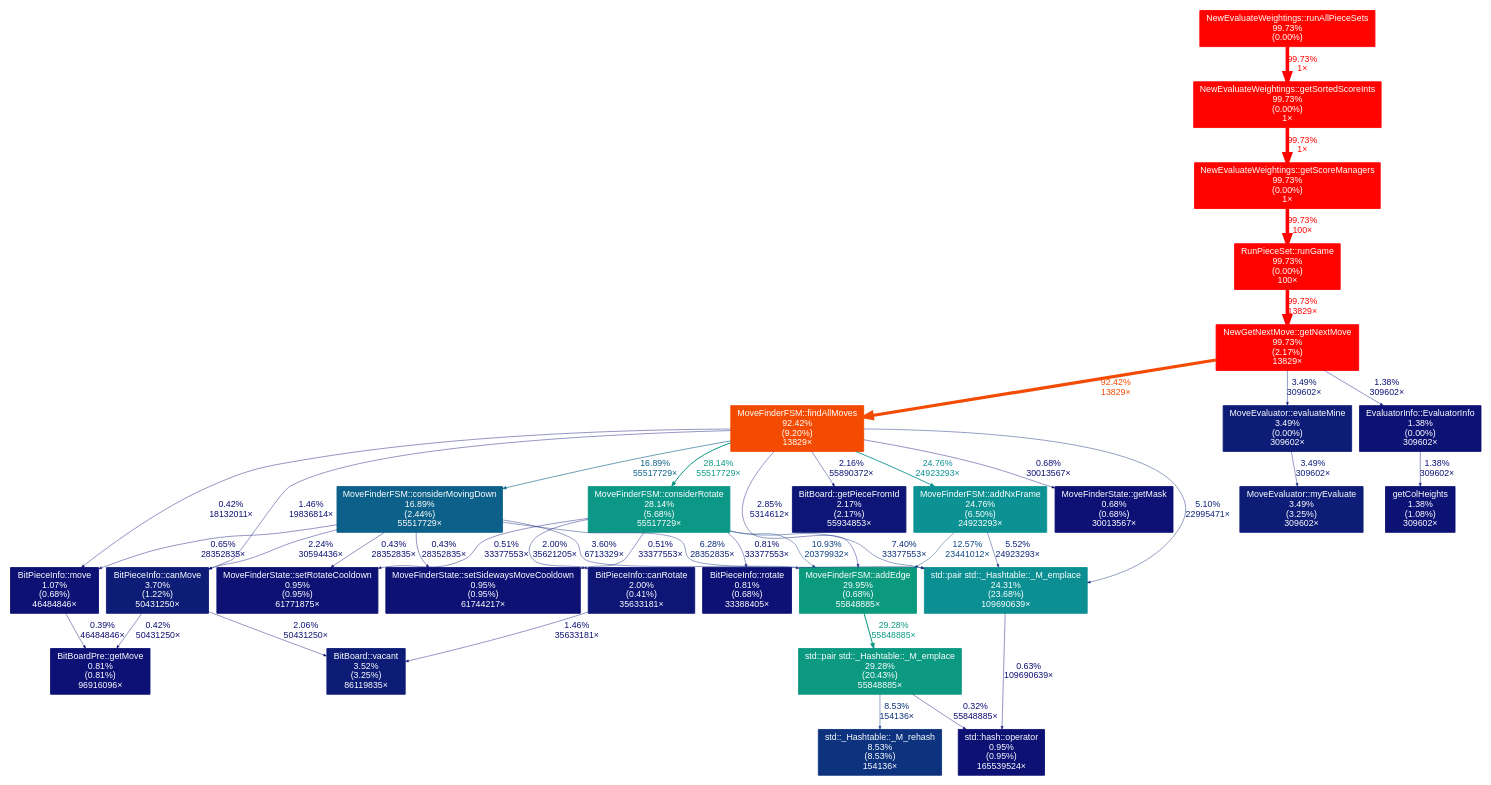
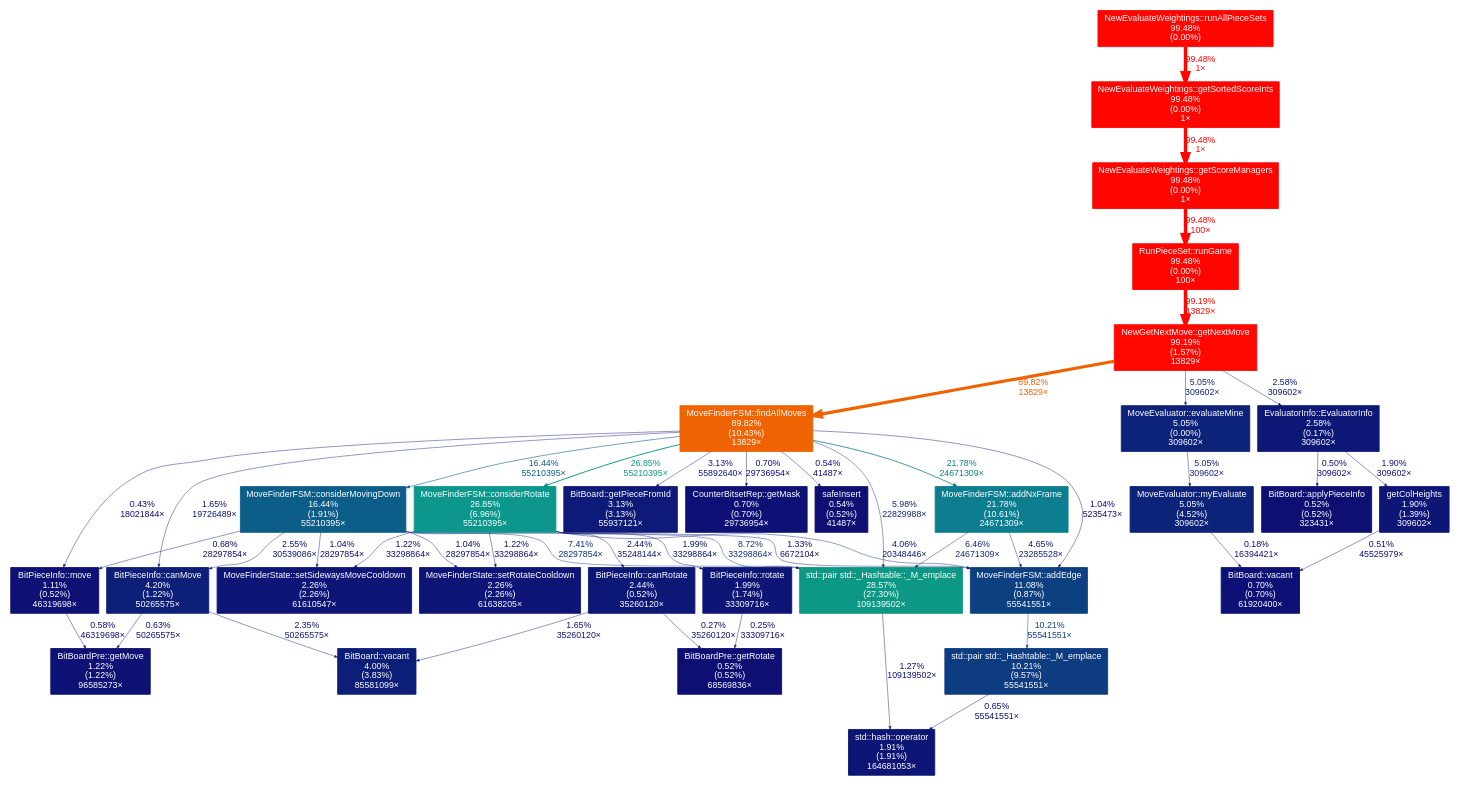
One commit to domsleee/tetrisai changed the diagram in cpp/scripts/hi.dot. Above: the diagram before and after it, drawn with Graphviz. The commit also changed 7 other files, not shown here.

Commit message:
Move CounterRep functionality to another file

```diff
--- a/cpp/scripts/hi.dot
+++ b/cpp/scripts/hi.dot
@@ -2,72 +2,80 @@
 	graph [fontname=Arial, nodesep=0.125, ranksep=0.25];
 	node [fontcolor=white, fontname=Arial, height=0, shape=box, style=filled, width=0];
 	edge [fontname=Arial];
-	1 [color="#ff0300", fontcolor="#ffffff", fontsize="10.00", label="NewEvaluateWeightings::getScoreManagers\n99.73%\n(0.00%)\n1×"];
-	1 -> 4 [arrowsize="1.00", color="#ff0300", fontcolor="#ff0300", fontsize="10.00", label="99.73%\n100×", labeldistance="3.99", penwidth="3.99"];
-	2 [color="#ff0300", fontcolor="#ffffff", fontsize="10.00", label="NewEvaluateWeightings::getSortedScoreInts\n99.73%\n(0.00%)\n1×"];
-	2 -> 1 [arrowsize="1.00", color="#ff0300", fontcolor="#ff0300", fontsize="10.00", label="99.73%\n1×", labeldistance="3.99", penwidth="3.99"];
-	3 [color="#ff0300", fontcolor="#ffffff", fontsize="10.00", label="NewEvaluateWeightings::runAllPieceSets\n99.73%\n(0.00%)"];
-	3 -> 2 [arrowsize="1.00", color="#ff0300", fontcolor="#ff0300", fontsize="10.00", label="99.73%\n1×", labeldistance="3.99", penwidth="3.99"];
-	4 [color="#ff0300", fontcolor="#ffffff", fontsize="10.00", label="RunPieceSet::runGame\n99.73%\n(0.00%)\n100×"];
-	4 -> 5 [arrowsize="1.00", color="#ff0300", fontcolor="#ff0300", fontsize="10.00", label="99.73%\n13829×", labeldistance="3.99", penwidth="3.99"];
-	5 [color="#ff0300", fontcolor="#ffffff", fontsize="10.00", label="NewGetNextMove::getNextMove\n99.73%\n(2.17%)\n13829×"];
-	5 -> 6 [arrowsize="0.96", color="#f34b02", fontcolor="#f34b02", fontsize="10.00", label="92.42%\n13829×", labeldistance="3.70", penwidth="3.70"];
-	5 -> 16 [arrowsize="0.35", color="#0d1c77", fontcolor="#0d1c77", fontsize="10.00", label="3.49%\n309602×", labeldistance="0.50", penwidth="0.50"];
-	5 -> 20 [arrowsize="0.35", color="#0d1275", fontcolor="#0d1275", fontsize="10.00", label="1.38%\n309602×", labeldistance="0.50", penwidth="0.50"];
-	6 [color="#f34b02", fontcolor="#ffffff", fontsize="10.00", label="MoveFinderFSM::findAllMoves\n92.42%\n(9.20%)\n13829×"];
-	6 -> 7 [arrowsize="0.35", color="#0d1976", fontcolor="#0d1976", fontsize="10.00", label="2.85%\n5314612×", labeldistance="0.50", penwidth="0.50"];
-	6 -> 9 [arrowsize="0.53", color="#0c9886", fontcolor="#0c9886", fontsize="10.00", label="28.14%\n55517729×", labeldistance="1.13", penwidth="1.13"];
-	6 -> 10 [arrowsize="0.50", color="#0c9293", fontcolor="#0c9293", fontsize="10.00", label="24.76%\n24923293×", labeldistance="0.99", penwidth="0.99"];
-	6 -> 11 [arrowsize="0.35", color="#0d2379", fontcolor="#0d2379", fontsize="10.00", label="5.10%\n22995471×", labeldistance="0.50", penwidth="0.50"];
-	6 -> 12 [arrowsize="0.41", color="#0c6089", fontcolor="#0c6089", fontsize="10.00", label="16.89%\n55517729×", labeldistance="0.68", penwidth="0.68"];
-	6 -> 14 [arrowsize="0.35", color="#0d1375", fontcolor="#0d1375", fontsize="10.00", label="1.46%\n19836814×", labeldistance="0.50", penwidth="0.50"];
-	6 -> 18 [arrowsize="0.35", color="#0d1676", fontcolor="#0d1676", fontsize="10.00", label="2.16%\n55890372×", labeldistance="0.50", penwidth="0.50"];
-	6 -> 22 [arrowsize="0.35", color="#0d0e73", fontcolor="#0d0e73", fontsize="10.00", label="0.42%\n18132011×", labeldistance="0.50", penwidth="0.50"];
-	6 -> 28 [arrowsize="0.35", color="#0d1074", fontcolor="#0d1074", fontsize="10.00", label="0.68%\n30013567×", labeldistance="0.50", penwidth="0.50"];
-	7 [color="#0c9a7e", fontcolor="#ffffff", fontsize="10.00", label="MoveFinderFSM::addEdge\n29.95%\n(0.68%)\n55848885×"];
-	7 -> 8 [arrowsize="0.54", color="#0c9981", fontcolor="#0c9981", fontsize="10.00", label="29.28%\n55848885×", labeldistance="1.17", penwidth="1.17"];
-	8 [color="#0c9981", fontcolor="#ffffff", fontsize="10.00", label="std::pair std::_Hashtable::_M_emplace\n29.28%\n(20.43%)\n55848885×"];
-	8 -> 13 [arrowsize="0.35", color="#0d337e", fontcolor="#0d337e", fontsize="10.00", label="8.53%\n154136×", labeldistance="0.50", penwidth="0.50"];
-	8 -> 25 [arrowsize="0.35", color="#0d0e73", fontcolor="#0d0e73", fontsize="10.00", label="0.32%\n55848885×", labeldistance="0.50", penwidth="0.50"];
-	9 [color="#0c9886", fontcolor="#ffffff", fontsize="10.00", label="MoveFinderFSM::considerRotate\n28.14%\n(5.68%)\n55517729×"];
-	9 -> 7 [arrowsize="0.35", color="#0d3f81", fontcolor="#0d3f81", fontsize="10.00", label="10.93%\n20379932×", labeldistance="0.50", penwidth="0.50"];
-	9 -> 11 [arrowsize="0.35", color="#0d2e7c", fontcolor="#0d2e7c", fontsize="10.00", label="7.40%\n33377553×", labeldistance="0.50", penwidth="0.50"];
-	9 -> 19 [arrowsize="0.35", color="#0d1575", fontcolor="#0d1575", fontsize="10.00", label="2.00%\n35621205×", labeldistance="0.50", penwidth="0.50"];
-	9 -> 23 [arrowsize="0.35", color="#0d0f73", fontcolor="#0d0f73", fontsize="10.00", label="0.51%\n33377553×", labeldistance="0.50", penwidth="0.50"];
-	9 -> 24 [arrowsize="0.35", color="#0d0f73", fontcolor="#0d0f73", fontsize="10.00", label="0.51%\n33377553×", labeldistance="0.50", penwidth="0.50"];
-	9 -> 27 [arrowsize="0.35", color="#0d1074", fontcolor="#0d1074", fontsize="10.00", label="0.81%\n33377553×", labeldistance="0.50", penwidth="0.50"];
-	10 [color="#0c9293", fontcolor="#ffffff", fontsize="10.00", label="MoveFinderFSM::addNxFrame\n24.76%\n(6.50%)\n24923293×"];
-	10 -> 7 [arrowsize="0.35", color="#0d4883", fontcolor="#0d4883", fontsize="10.00", label="12.57%\n23441012×", labeldistance="0.50", penwidth="0.50"];
-	10 -> 11 [arrowsize="0.35", color="#0d257a", fontcolor="#0d257a", fontsize="10.00", label="5.52%\n24923293×", labeldistance="0.50", penwidth="0.50"];
-	11 [color="#0c8f92", fontcolor="#ffffff", fontsize="10.00", label="std::pair std::_Hashtable::_M_emplace\n24.31%\n(23.68%)\n109690639×"];
-	11 -> 25 [arrowsize="0.35", color="#0d0f74", fontcolor="#0d0f74", fontsize="10.00", label="0.63%\n109690639×", labeldistance="0.50", penwidth="0.50"];
-	12 [color="#0c6089", fontcolor="#ffffff", fontsize="10.00", label="MoveFinderFSM::considerMovingDown\n16.89%\n(2.44%)\n55517729×"];
-	12 -> 7 [arrowsize="0.35", color="#0d1c77", fontcolor="#0d1c77", fontsize="10.00", label="3.60%\n6713329×", labeldistance="0.50", penwidth="0.50"];
-	12 -> 11 [arrowsize="0.35", color="#0d287b", fontcolor="#0d287b", fontsize="10.00", label="6.28%\n28352835×", labeldistance="0.50", penwidth="0.50"];
-	12 -> 14 [arrowsize="0.35", color="#0d1676", fontcolor="#0d1676", fontsize="10.00", label="2.24%\n30594436×", labeldistance="0.50", penwidth="0.50"];
-	12 -> 22 [arrowsize="0.35", color="#0d0f74", fontcolor="#0d0f74", fontsize="10.00", label="0.65%\n28352835×", labeldistance="0.50", penwidth="0.50"];
-	12 -> 23 [arrowsize="0.35", color="#0d0f73", fontcolor="#0d0f73", fontsize="10.00", label="0.43%\n28352835×", labeldistance="0.50", penwidth="0.50"];
-	12 -> 24 [arrowsize="0.35", color="#0d0f73", fontcolor="#0d0f73", fontsize="10.00", label="0.43%\n28352835×", labeldistance="0.50", penwidth="0.50"];
-	13 [color="#0d337e", fontcolor="#ffffff", fontsize="10.00", label="std::_Hashtable::_M_rehash\n8.53%\n(8.53%)\n154136×"];
-	14 [color="#0d1d77", fontcolor="#ffffff", fontsize="10.00", label="BitPieceInfo::canMove\n3.70%\n(1.22%)\n50431250×"];
-	14 -> 17 [arrowsize="0.35", color="#0d1575", fontcolor="#0d1575", fontsize="10.00", label="2.06%\n50431250×", labeldistance="0.50", penwidth="0.50"];
-	14 -> 26 [arrowsize="0.35", color="#0d0e73", fontcolor="#0d0e73", fontsize="10.00", label="0.42%\n50431250×", labeldistance="0.50", penwidth="0.50"];
-	15 [color="#0d1c77", fontcolor="#ffffff", fontsize="10.00", label="MoveEvaluator::myEvaluate\n3.49%\n(3.25%)\n309602×"];
-	16 [color="#0d1c77", fontcolor="#ffffff", fontsize="10.00", label="MoveEvaluator::evaluateMine\n3.49%\n(0.00%)\n309602×"];
-	16 -> 15 [arrowsize="0.35", color="#0d1c77", fontcolor="#0d1c77", fontsize="10.00", label="3.49%\n309602×", labeldistance="0.50", penwidth="0.50"];
-	17 [color="#0d1c77", fontcolor="#ffffff", fontsize="10.00", label="BitBoard::vacant\n3.52%\n(3.25%)\n86119835×"];
-	18 [color="#0d1676", fontcolor="#ffffff", fontsize="10.00", label="BitBoard::getPieceFromId\n2.17%\n(2.17%)\n55934853×"];
-	19 [color="#0d1575", fontcolor="#ffffff", fontsize="10.00", label="BitPieceInfo::canRotate\n2.00%\n(0.41%)\n35633181×"];
-	19 -> 17 [arrowsize="0.35", color="#0d1375", fontcolor="#0d1375", fontsize="10.00", label="1.46%\n35633181×", labeldistance="0.50", penwidth="0.50"];
-	20 [color="#0d1275", fontcolor="#ffffff", fontsize="10.00", label="EvaluatorInfo::EvaluatorInfo\n1.38%\n(0.00%)\n309602×"];
-	20 -> 21 [arrowsize="0.35", color="#0d1275", fontcolor="#0d1275", fontsize="10.00", label="1.38%\n309602×", labeldistance="0.50", penwidth="0.50"];
-	21 [color="#0d1275", fontcolor="#ffffff", fontsize="10.00", label="getColHeights\n1.38%\n(1.08%)\n309602×"];
-	22 [color="#0d1174", fontcolor="#ffffff", fontsize="10.00", label="BitPieceInfo::move\n1.07%\n(0.68%)\n46484846×"];
-	22 -> 26 [arrowsize="0.35", color="#0d0e73", fontcolor="#0d0e73", fontsize="10.00", label="0.39%\n46484846×", labeldistance="0.50", penwidth="0.50"];
-	23 [color="#0d1174", fontcolor="#ffffff", fontsize="10.00", label="MoveFinderState::setSidewaysMoveCooldown\n0.95%\n(0.95%)\n61744217×"];
-	24 [color="#0d1174", fontcolor="#ffffff", fontsize="10.00", label="MoveFinderState::setRotateCooldown\n0.95%\n(0.95%)\n61771875×"];
-	25 [color="#0d1174", fontcolor="#ffffff", fontsize="10.00", label="std::hash::operator\n0.95%\n(0.95%)\n165539524×"];
-	26 [color="#0d1074", fontcolor="#ffffff", fontsize="10.00", label="BitBoardPre::getMove\n0.81%\n(0.81%)\n96916096×"];
-	27 [color="#0d1074", fontcolor="#ffffff", fontsize="10.00", label="BitPieceInfo::rotate\n0.81%\n(0.68%)\n33388405×"];
-	28 [color="#0d1074", fontcolor="#ffffff", fontsize="10.00", label="MoveFinderState::getMask\n0.68%\n(0.68%)\n30013567×"];
+	1 [color="#fe0500", fontcolor="#ffffff", fontsize="10.00", label="NewEvaluateWeightings::getScoreManagers\n99.48%\n(0.00%)\n1×"];
+	1 -> 4 [arrowsize="1.00", color="#fe0500", fontcolor="#fe0500", fontsize="10.00", label="99.48%\n100×", labeldistance="3.98", penwidth="3.98"];
+	2 [color="#fe0500", fontcolor="#ffffff", fontsize="10.00", label="NewEvaluateWeightings::getSortedScoreInts\n99.48%\n(0.00%)\n1×"];
+	2 -> 1 [arrowsize="1.00", color="#fe0500", fontcolor="#fe0500", fontsize="10.00", label="99.48%\n1×", labeldistance="3.98", penwidth="3.98"];
+	3 [color="#fe0500", fontcolor="#ffffff", fontsize="10.00", label="NewEvaluateWeightings::runAllPieceSets\n99.48%\n(0.00%)"];
+	3 -> 2 [arrowsize="1.00", color="#fe0500", fontcolor="#fe0500", fontsize="10.00", label="99.48%\n1×", labeldistance="3.98", penwidth="3.98"];
+	4 [color="#fe0500", fontcolor="#ffffff", fontsize="10.00", label="RunPieceSet::runGame\n99.48%\n(0.00%)\n100×"];
+	4 -> 5 [arrowsize="1.00", color="#fe0800", fontcolor="#fe0800", fontsize="10.00", label="99.19%\n13829×", labeldistance="3.97", penwidth="3.97"];
+	5 [color="#fe0800", fontcolor="#ffffff", fontsize="10.00", label="NewGetNextMove::getNextMove\n99.19%\n(1.57%)\n13829×"];
+	5 -> 6 [arrowsize="0.95", color="#f06302", fontcolor="#f06302", fontsize="10.00", label="89.82%\n13829×", labeldistance="3.59", penwidth="3.59"];
+	5 -> 14 [arrowsize="0.35", color="#0d2379", fontcolor="#0d2379", fontsize="10.00", label="5.05%\n309602×", labeldistance="0.50", penwidth="0.50"];
+	5 -> 18 [arrowsize="0.35", color="#0d1876", fontcolor="#0d1876", fontsize="10.00", label="2.58%\n309602×", labeldistance="0.50", penwidth="0.50"];
+	6 [color="#f06302", fontcolor="#ffffff", fontsize="10.00", label="MoveFinderFSM::findAllMoves\n89.82%\n(10.43%)\n13829×"];
+	6 -> 7 [arrowsize="0.35", color="#0d277a", fontcolor="#0d277a", fontsize="10.00", label="5.98%\n22829988×", labeldistance="0.50", penwidth="0.50"];
+	6 -> 8 [arrowsize="0.52", color="#0c968c", fontcolor="#0c968c", fontsize="10.00", label="26.85%\n55210395×", labeldistance="1.07", penwidth="1.07"];
+	6 -> 9 [arrowsize="0.47", color="#0c7e8f", fontcolor="#0c7e8f", fontsize="10.00", label="21.78%\n24671309×", labeldistance="0.87", penwidth="0.87"];
+	6 -> 10 [arrowsize="0.41", color="#0c5e88", fontcolor="#0c5e88", fontsize="10.00", label="16.44%\n55210395×", labeldistance="0.66", penwidth="0.66"];
+	6 -> 11 [arrowsize="0.35", color="#0d1174", fontcolor="#0d1174", fontsize="10.00", label="1.04%\n5235473×", labeldistance="0.50", penwidth="0.50"];
+	6 -> 15 [arrowsize="0.35", color="#0d1475", fontcolor="#0d1475", fontsize="10.00", label="1.65%\n19726489×", labeldistance="0.50", penwidth="0.50"];
+	6 -> 17 [arrowsize="0.35", color="#0d1a77", fontcolor="#0d1a77", fontsize="10.00", label="3.13%\n55892640×", labeldistance="0.50", penwidth="0.50"];
+	6 -> 26 [arrowsize="0.35", color="#0d0f73", fontcolor="#0d0f73", fontsize="10.00", label="0.43%\n18021844×", labeldistance="0.50", penwidth="0.50"];
+	6 -> 27 [arrowsize="0.35", color="#0d1074", fontcolor="#0d1074", fontsize="10.00", label="0.70%\n29736954×", labeldistance="0.50", penwidth="0.50"];
+	6 -> 29 [arrowsize="0.35", color="#0d0f73", fontcolor="#0d0f73", fontsize="10.00", label="0.54%\n41487×", labeldistance="0.50", penwidth="0.50"];
+	7 [color="#0c9884", fontcolor="#ffffff", fontsize="10.00", label="std::pair std::_Hashtable::_M_emplace\n28.57%\n(27.30%)\n109139502×"];
+	7 -> 24 [arrowsize="0.35", color="#0d1274", fontcolor="#0d1274", fontsize="10.00", label="1.27%\n109139502×", labeldistance="0.50", penwidth="0.50"];
+	8 [color="#0c968c", fontcolor="#ffffff", fontsize="10.00", label="MoveFinderFSM::considerRotate\n26.85%\n(6.96%)\n55210395×"];
+	8 -> 7 [arrowsize="0.35", color="#0d347e", fontcolor="#0d347e", fontsize="10.00", label="8.72%\n33298864×", labeldistance="0.50", penwidth="0.50"];
+	8 -> 11 [arrowsize="0.35", color="#0d1e78", fontcolor="#0d1e78", fontsize="10.00", label="4.06%\n20348446×", labeldistance="0.50", penwidth="0.50"];
+	8 -> 19 [arrowsize="0.35", color="#0d1776", fontcolor="#0d1776", fontsize="10.00", label="2.44%\n35248144×", labeldistance="0.50", penwidth="0.50"];
+	8 -> 20 [arrowsize="0.35", color="#0d1274", fontcolor="#0d1274", fontsize="10.00", label="1.22%\n33298864×", labeldistance="0.50", penwidth="0.50"];
+	8 -> 21 [arrowsize="0.35", color="#0d1274", fontcolor="#0d1274", fontsize="10.00", label="1.22%\n33298864×", labeldistance="0.50", penwidth="0.50"];
+	8 -> 22 [arrowsize="0.35", color="#0d1575", fontcolor="#0d1575", fontsize="10.00", label="1.99%\n33298864×", labeldistance="0.50", penwidth="0.50"];
+	9 [color="#0c7e8f", fontcolor="#ffffff", fontsize="10.00", label="MoveFinderFSM::addNxFrame\n21.78%\n(10.61%)\n24671309×"];
+	9 -> 7 [arrowsize="0.35", color="#0d297b", fontcolor="#0d297b", fontsize="10.00", label="6.46%\n24671309×", labeldistance="0.50", penwidth="0.50"];
+	9 -> 11 [arrowsize="0.35", color="#0d2179", fontcolor="#0d2179", fontsize="10.00", label="4.65%\n23285528×", labeldistance="0.50", penwidth="0.50"];
+	10 [color="#0c5e88", fontcolor="#ffffff", fontsize="10.00", label="MoveFinderFSM::considerMovingDown\n16.44%\n(1.91%)\n55210395×"];
+	10 -> 7 [arrowsize="0.35", color="#0d2e7c", fontcolor="#0d2e7c", fontsize="10.00", label="7.41%\n28297854×", labeldistance="0.50", penwidth="0.50"];
+	10 -> 11 [arrowsize="0.35", color="#0d1274", fontcolor="#0d1274", fontsize="10.00", label="1.33%\n6672104×", labeldistance="0.50", penwidth="0.50"];
+	10 -> 15 [arrowsize="0.35", color="#0d1776", fontcolor="#0d1776", fontsize="10.00", label="2.55%\n30539086×", labeldistance="0.50", penwidth="0.50"];
+	10 -> 20 [arrowsize="0.35", color="#0d1174", fontcolor="#0d1174", fontsize="10.00", label="1.04%\n28297854×", labeldistance="0.50", penwidth="0.50"];
+	10 -> 21 [arrowsize="0.35", color="#0d1174", fontcolor="#0d1174", fontsize="10.00", label="1.04%\n28297854×", labeldistance="0.50", penwidth="0.50"];
+	10 -> 26 [arrowsize="0.35", color="#0d1074", fontcolor="#0d1074", fontsize="10.00", label="0.68%\n28297854×", labeldistance="0.50", penwidth="0.50"];
+	11 [color="#0d4081", fontcolor="#ffffff", fontsize="10.00", label="MoveFinderFSM::addEdge\n11.08%\n(0.87%)\n55541551×"];
+	11 -> 12 [arrowsize="0.35", color="#0d3c80", fontcolor="#0d3c80", fontsize="10.00", label="10.21%\n55541551×", labeldistance="0.50", penwidth="0.50"];
+	12 [color="#0d3c80", fontcolor="#ffffff", fontsize="10.00", label="std::pair std::_Hashtable::_M_emplace\n10.21%\n(9.57%)\n55541551×"];
+	12 -> 24 [arrowsize="0.35", color="#0d0f74", fontcolor="#0d0f74", fontsize="10.00", label="0.65%\n55541551×", labeldistance="0.50", penwidth="0.50"];
+	13 [color="#0d2379", fontcolor="#ffffff", fontsize="10.00", label="MoveEvaluator::myEvaluate\n5.05%\n(4.52%)\n309602×"];
+	13 -> 28 [arrowsize="0.35", color="#0d0e73", fontcolor="#0d0e73", fontsize="10.00", label="0.18%\n16394421×", labeldistance="0.50", penwidth="0.50"];
+	14 [color="#0d2379", fontcolor="#ffffff", fontsize="10.00", label="MoveEvaluator::evaluateMine\n5.05%\n(0.00%)\n309602×"];
+	14 -> 13 [arrowsize="0.35", color="#0d2379", fontcolor="#0d2379", fontsize="10.00", label="5.05%\n309602×", labeldistance="0.50", penwidth="0.50"];
+	15 [color="#0d1f78", fontcolor="#ffffff", fontsize="10.00", label="BitPieceInfo::canMove\n4.20%\n(1.22%)\n50265575×"];
+	15 -> 16 [arrowsize="0.35", color="#0d1776", fontcolor="#0d1776", fontsize="10.00", label="2.35%\n50265575×", labeldistance="0.50", penwidth="0.50"];
+	15 -> 25 [arrowsize="0.35", color="#0d0f74", fontcolor="#0d0f74", fontsize="10.00", label="0.63%\n50265575×", labeldistance="0.50", penwidth="0.50"];
+	16 [color="#0d1e78", fontcolor="#ffffff", fontsize="10.00", label="BitBoard::vacant\n4.00%\n(3.83%)\n85581099×"];
+	17 [color="#0d1a77", fontcolor="#ffffff", fontsize="10.00", label="BitBoard::getPieceFromId\n3.13%\n(3.13%)\n55937121×"];
+	18 [color="#0d1876", fontcolor="#ffffff", fontsize="10.00", label="EvaluatorInfo::EvaluatorInfo\n2.58%\n(0.17%)\n309602×"];
+	18 -> 23 [arrowsize="0.35", color="#0d1575", fontcolor="#0d1575", fontsize="10.00", label="1.90%\n309602×", labeldistance="0.50", penwidth="0.50"];
+	18 -> 30 [arrowsize="0.35", color="#0d0f73", fontcolor="#0d0f73", fontsize="10.00", label="0.50%\n309602×", labeldistance="0.50", penwidth="0.50"];
+	19 [color="#0d1776", fontcolor="#ffffff", fontsize="10.00", label="BitPieceInfo::canRotate\n2.44%\n(0.52%)\n35260120×"];
+	19 -> 16 [arrowsize="0.35", color="#0d1475", fontcolor="#0d1475", fontsize="10.00", label="1.65%\n35260120×", labeldistance="0.50", penwidth="0.50"];
+	19 -> 31 [arrowsize="0.35", color="#0d0e73", fontcolor="#0d0e73", fontsize="10.00", label="0.27%\n35260120×", labeldistance="0.50", penwidth="0.50"];
+	20 [color="#0d1676", fontcolor="#ffffff", fontsize="10.00", label="MoveFinderState::setRotateCooldown\n2.26%\n(2.26%)\n61638205×"];
+	21 [color="#0d1676", fontcolor="#ffffff", fontsize="10.00", label="MoveFinderState::setSidewaysMoveCooldown\n2.26%\n(2.26%)\n61610547×"];
+	22 [color="#0d1575", fontcolor="#ffffff", fontsize="10.00", label="BitPieceInfo::rotate\n1.99%\n(1.74%)\n33309716×"];
+	22 -> 31 [arrowsize="0.35", color="#0d0e73", fontcolor="#0d0e73", fontsize="10.00", label="0.25%\n33309716×", labeldistance="0.50", penwidth="0.50"];
+	23 [color="#0d1575", fontcolor="#ffffff", fontsize="10.00", label="getColHeights\n1.90%\n(1.39%)\n309602×"];
+	23 -> 28 [arrowsize="0.35", color="#0d0f73", fontcolor="#0d0f73", fontsize="10.00", label="0.51%\n45525979×", labeldistance="0.50", penwidth="0.50"];
+	24 [color="#0d1575", fontcolor="#ffffff", fontsize="10.00", label="std::hash::operator\n1.91%\n(1.91%)\n164681053×"];
+	25 [color="#0d1274", fontcolor="#ffffff", fontsize="10.00", label="BitBoardPre::getMove\n1.22%\n(1.22%)\n96585273×"];
+	26 [color="#0d1174", fontcolor="#ffffff", fontsize="10.00", label="BitPieceInfo::move\n1.11%\n(0.52%)\n46319698×"];
+	26 -> 25 [arrowsize="0.35", color="#0d0f73", fontcolor="#0d0f73", fontsize="10.00", label="0.58%\n46319698×", labeldistance="0.50", penwidth="0.50"];
+	27 [color="#0d1074", fontcolor="#ffffff", fontsize="10.00", label="CounterBitsetRep::getMask\n0.70%\n(0.70%)\n29736954×"];
+	28 [color="#0d1074", fontcolor="#ffffff", fontsize="10.00", label="BitBoard::vacant\n0.70%\n(0.70%)\n61920400×"];
+	29 [color="#0d0f73", fontcolor="#ffffff", fontsize="10.00", label="safeInsert\n0.54%\n(0.52%)\n41487×"];
+	30 [color="#0d0f73", fontcolor="#ffffff", fontsize="10.00", label="BitBoard::applyPieceInfo\n0.52%\n(0.52%)\n323431×"];
+	31 [color="#0d0f73", fontcolor="#ffffff", fontsize="10.00", label="BitBoardPre::getRotate\n0.52%\n(0.52%)\n68569836×"];
 }
```
